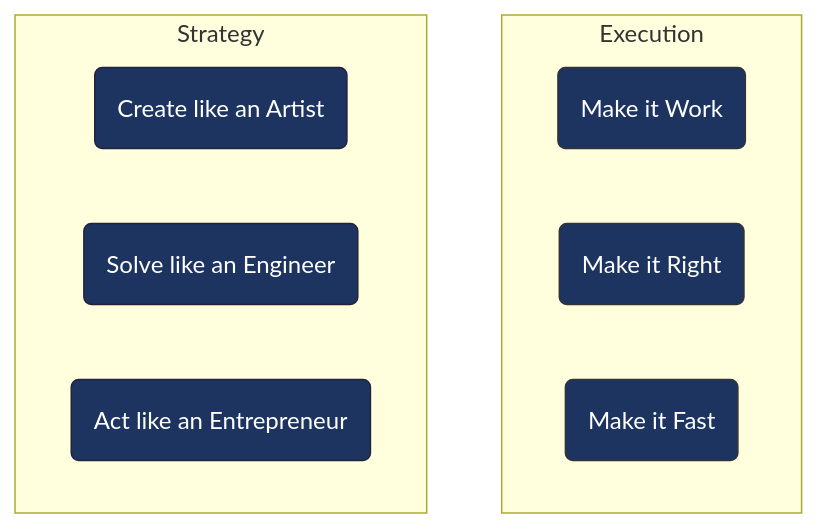
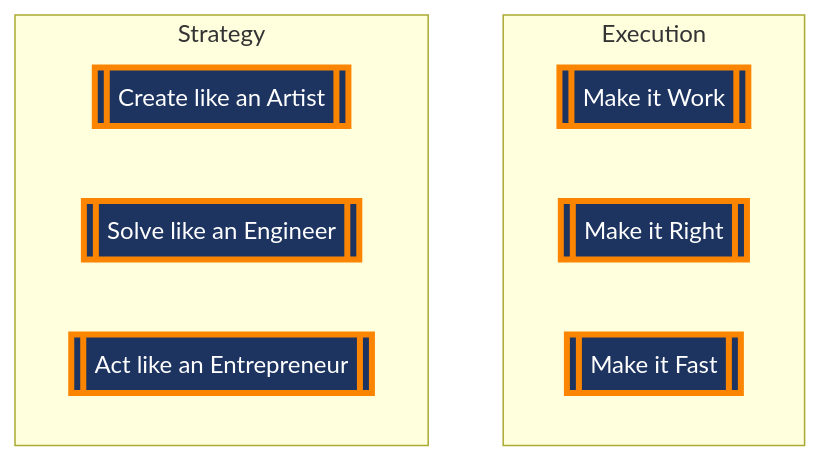
One commit to DalpatRathore/dalpatrathore changed the diagram in README.md. Above: the diagram before and after it, drawn with Mermaid.

Commit message:
Update: Mermaid styles

````diff
--- a/README.md
+++ b/README.md
@@ -6,23 +6,23 @@
 ```mermaid
   flowchart TB
     
     subgraph Execution
-    b1(Make it Work)
-    b2(Make it Right)
-    b3(Make it Fast)
+    b1[[Make it Work]]
+    b2[[Make it Right]]
+    b3[[Make it Fast]]
     end
-    style b1 fill:#1d3461,stroke:#333,stroke-width:1px,color:#fff
-    style b2 fill:#1d3461,stroke:#333,stroke-width:1px,color:#fff
-    style b3 fill:#1d3461,stroke:#333,stroke-width:1px,color:#fff
+    style b1 fill:#1d3461,stroke:#fb8500,stroke-width:4px,color:#fff
+    style b2 fill:#1d3461,stroke:#fb8500,stroke-width:4px,color:#fff
+    style b3 fill:#1d3461,stroke:#fb8500,stroke-width:4px,color:#fff
     
     subgraph Strategy
-    c1(Create like an Artist)
-    c2(Solve like an Engineer)
-    c3(Act like an Entrepreneur)
+    c1[[Create like an Artist]]
+    c2[[Solve like an Engineer]]
+    c3[[Act like an Entrepreneur]]
     end
-    style c1 fill:#1d3461,stroke:#22223b,stroke-width:1px,color:#fff
-    style c2 fill:#1d3461,stroke:#22223b,stroke-width:1px,color:#fff
-    style c3 fill:#1d3461,stroke:#22223b,stroke-width:1px,color:#fff
+    style c1 fill:#1d3461,stroke:#fb8500,stroke-width:4px,color:#fff
+    style c2 fill:#1d3461,stroke:#fb8500,stroke-width:4px,color:#fff
+    style c3 fill:#1d3461,stroke:#fb8500,stroke-width:4px,color:#fff
     
     
 ```
````
